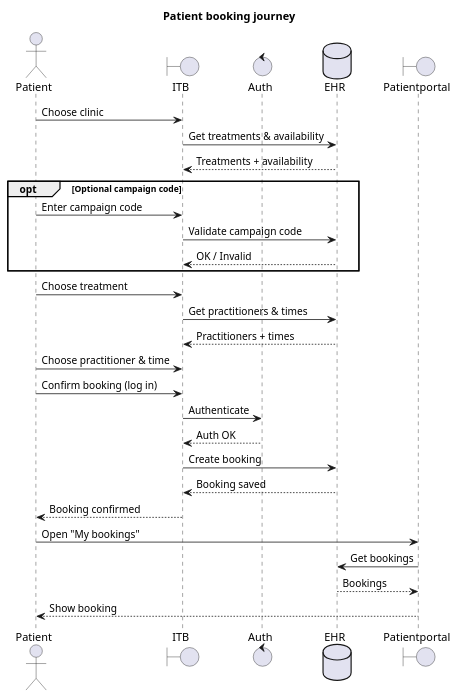
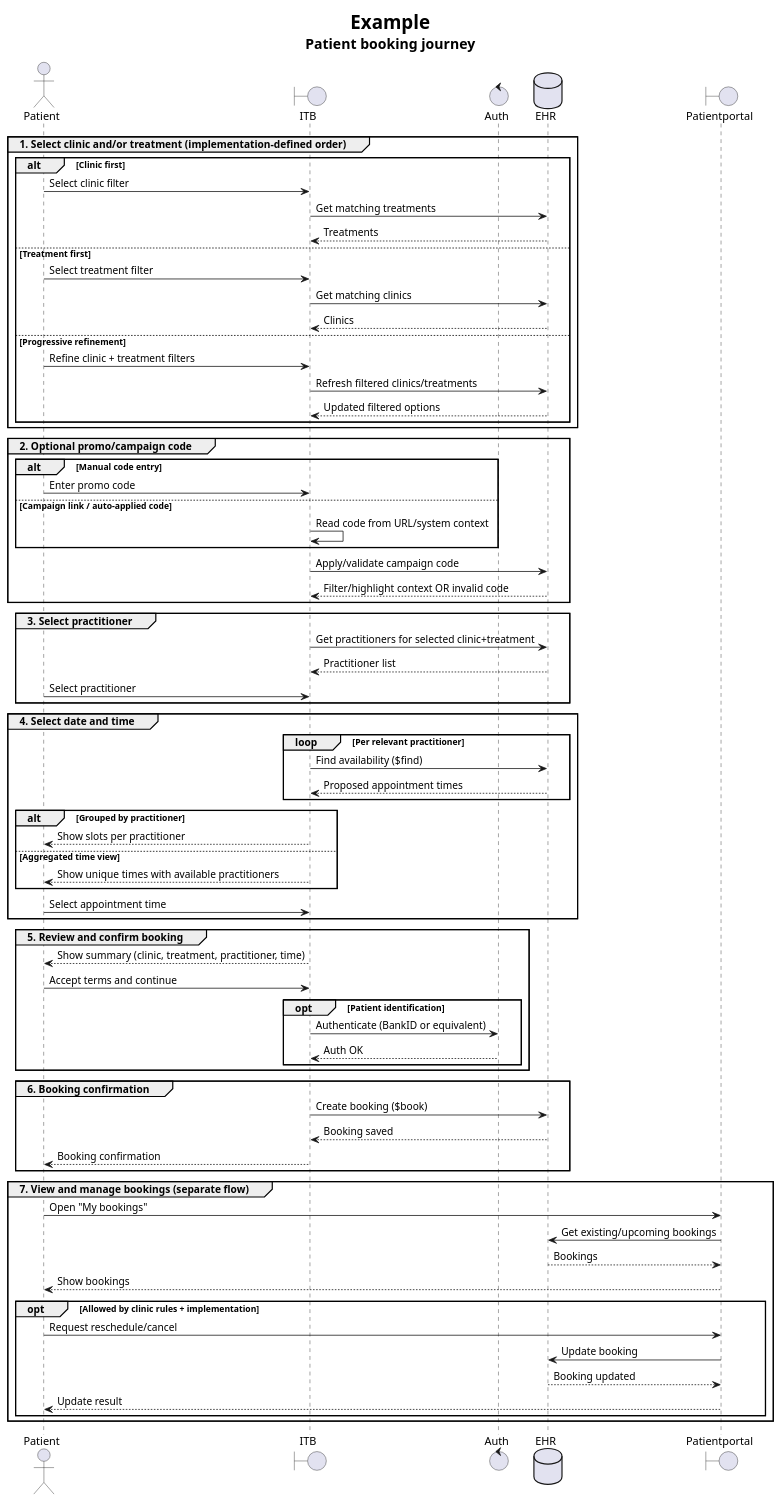
Before and after one commit to servicewell/servicewell.fhir.wof-portal: the diagram in input/images-source/itbpatientjourney.plantuml, drawn with PlantUML. The commit also changed 23 other files, not shown here.

```diff
--- a/input/images-source/itbpatientjourney.plantuml
+++ b/input/images-source/itbpatientjourney.plantuml
@@ -1,39 +1,83 @@
 @startuml
-title Patient booking journey
+title <size:24>Example</size>\n<size:18>Patient booking journey</size>
 
 actor Patient
 boundary ITB
 control Auth
 database "EHR" as JS
 boundary "Patientportal" as Portal
 
-Patient -> ITB : Choose clinic
-ITB -> JS : Get treatments & availability
-JS --> ITB : Treatments + availability
-
-opt Optional campaign code
-  Patient -> ITB : Enter campaign code
-  ITB -> JS : Validate campaign code
-  JS --> ITB : OK / Invalid
+group 1. Select clinic and/or treatment (implementation-defined order)
+  alt Clinic first
+    Patient -> ITB : Select clinic filter
+    ITB -> JS : Get matching treatments
+    JS --> ITB : Treatments
+  else Treatment first
+    Patient -> ITB : Select treatment filter
+    ITB -> JS : Get matching clinics
+    JS --> ITB : Clinics
+  else Progressive refinement
+    Patient -> ITB : Refine clinic + treatment filters
+    ITB -> JS : Refresh filtered clinics/treatments
+    JS --> ITB : Updated filtered options
+  end
 end
 
-Patient -> ITB : Choose treatment
-ITB -> JS : Get practitioners & times
-JS --> ITB : Practitioners + times
+group 2. Optional promo/campaign code
+  alt Manual code entry
+    Patient -> ITB : Enter promo code
+  else Campaign link / auto-applied code
+    ITB -> ITB : Read code from URL/system context
+  end
+  ITB -> JS : Apply/validate campaign code
+  JS --> ITB : Filter/highlight context OR invalid code
+end
 
-Patient -> ITB : Choose practitioner & time
+group 3. Select practitioner
+  ITB -> JS : Get practitioners for selected clinic+treatment
+  JS --> ITB : Practitioner list
+  Patient -> ITB : Select practitioner
+end
 
-Patient -> ITB : Confirm booking (log in)
-ITB -> Auth : Authenticate
-Auth --> ITB : Auth OK
+group 4. Select date and time
+  loop Per relevant practitioner
+    ITB -> JS : Find availability ($find)
+    JS --> ITB : Proposed appointment times
+  end
+  alt Grouped by practitioner
+    ITB --> Patient : Show slots per practitioner
+  else Aggregated time view
+    ITB --> Patient : Show unique times with available practitioners
+  end
+  Patient -> ITB : Select appointment time
+end
 
-ITB -> JS : Create booking
-JS --> ITB : Booking saved
-ITB --> Patient : Booking confirmed
+group 5. Review and confirm booking
+  ITB --> Patient : Show summary (clinic, treatment, practitioner, time)
+  Patient -> ITB : Accept terms and continue
+  opt Patient identification
+    ITB -> Auth : Authenticate (BankID or equivalent)
+    Auth --> ITB : Auth OK
+  end
+end
 
-Patient -> Portal : Open "My bookings"
-Portal -> JS : Get bookings
-JS --> Portal : Bookings
-Portal --> Patient : Show booking
+group 6. Booking confirmation
+  ITB -> JS : Create booking ($book)
+  JS --> ITB : Booking saved
+  ITB --> Patient : Booking confirmation
+end
+
+group 7. View and manage bookings (separate flow)
+  Patient -> Portal : Open "My bookings"
+  Portal -> JS : Get existing/upcoming bookings
+  JS --> Portal : Bookings
+  Portal --> Patient : Show bookings
+  opt Allowed by clinic rules + implementation
+    Patient -> Portal : Request reschedule/cancel
+    Portal -> JS : Update booking
+    JS --> Portal : Booking updated
+    Portal --> Patient : Update result
+  end
+end
 
 @enduml
```
